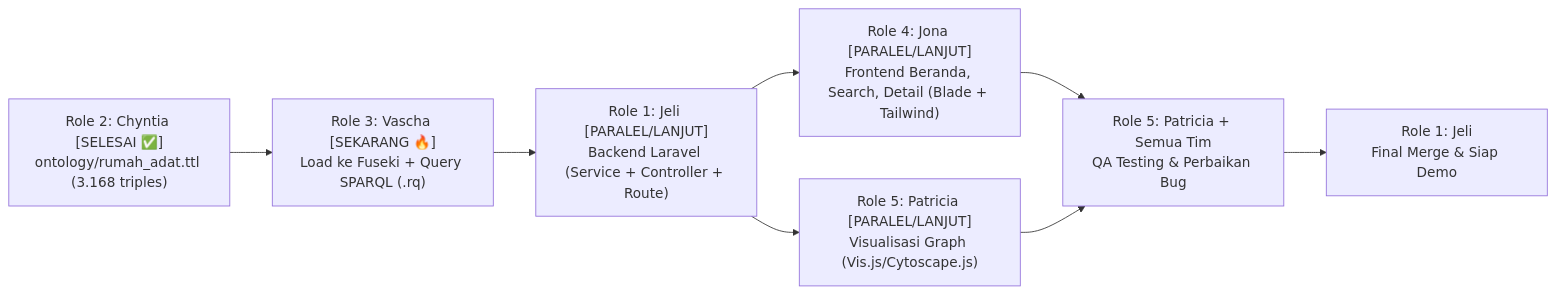
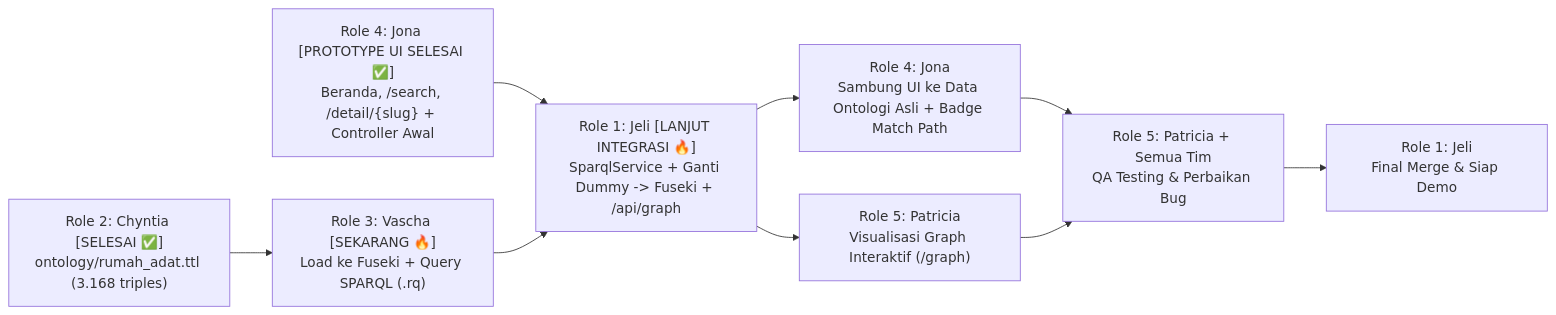
Before and after one commit to jelialvonzolaia-sys/web-semantik-kelompok07: the diagram in tubes_rumah_adat/URUTAN_PENGERJAAN.md, drawn with Mermaid. The commit also changed other lines of this file and 1 other file, not shown here.

````diff
--- a/tubes_rumah_adat/URUTAN_PENGERJAAN.md
+++ b/tubes_rumah_adat/URUTAN_PENGERJAAN.md
@@ -36,10 +34,11 @@
 ```mermaid
 flowchart LR
     R2["Role 2: Chyntia [SELESAI ✅]<br/>ontology/rumah_adat.ttl (3.168 triples)"] --> R3["Role 3: Vascha [SEKARANG 🔥]<br/>Load ke Fuseki + Query SPARQL (.rq)"]
-    R3 --> R1["Role 1: Jeli [PARALEL/LANJUT]<br/>Backend Laravel (Service + Controller + Route)"]
-    R1 --> R4["Role 4: Jona [PARALEL/LANJUT]<br/>Frontend Beranda, Search, Detail (Blade + Tailwind)"]
-    R1 --> R5["Role 5: Patricia [PARALEL/LANJUT]<br/>Visualisasi Graph (Vis.js/Cytoscape.js)"]
-    R4 --> QA["Role 5: Patricia + Semua Tim<br/>QA Testing & Perbaikan Bug"]
+    R4P["Role 4: Jona [PROTOTYPE UI SELESAI ✅]<br/>Beranda, /search, /detail/{slug} + Controller Awal"] --> R1["Role 1: Jeli [LANJUT INTEGRASI 🔥]<br/>SparqlService + Ganti Dummy -> Fuseki + /api/graph"]
+    R3 --> R1
+    R1 --> R4F["Role 4: Jona<br/>Sambung UI ke Data Ontologi Asli + Badge Match Path"]
+    R1 --> R5["Role 5: Patricia<br/>Visualisasi Graph Interaktif (/graph)"]
+    R4F --> QA["Role 5: Patricia + Semua Tim<br/>QA Testing & Perbaikan Bug"]
     R5 --> QA
     QA --> DEMO["Role 1: Jeli<br/>Final Merge & Siap Demo"]
 ```
````
